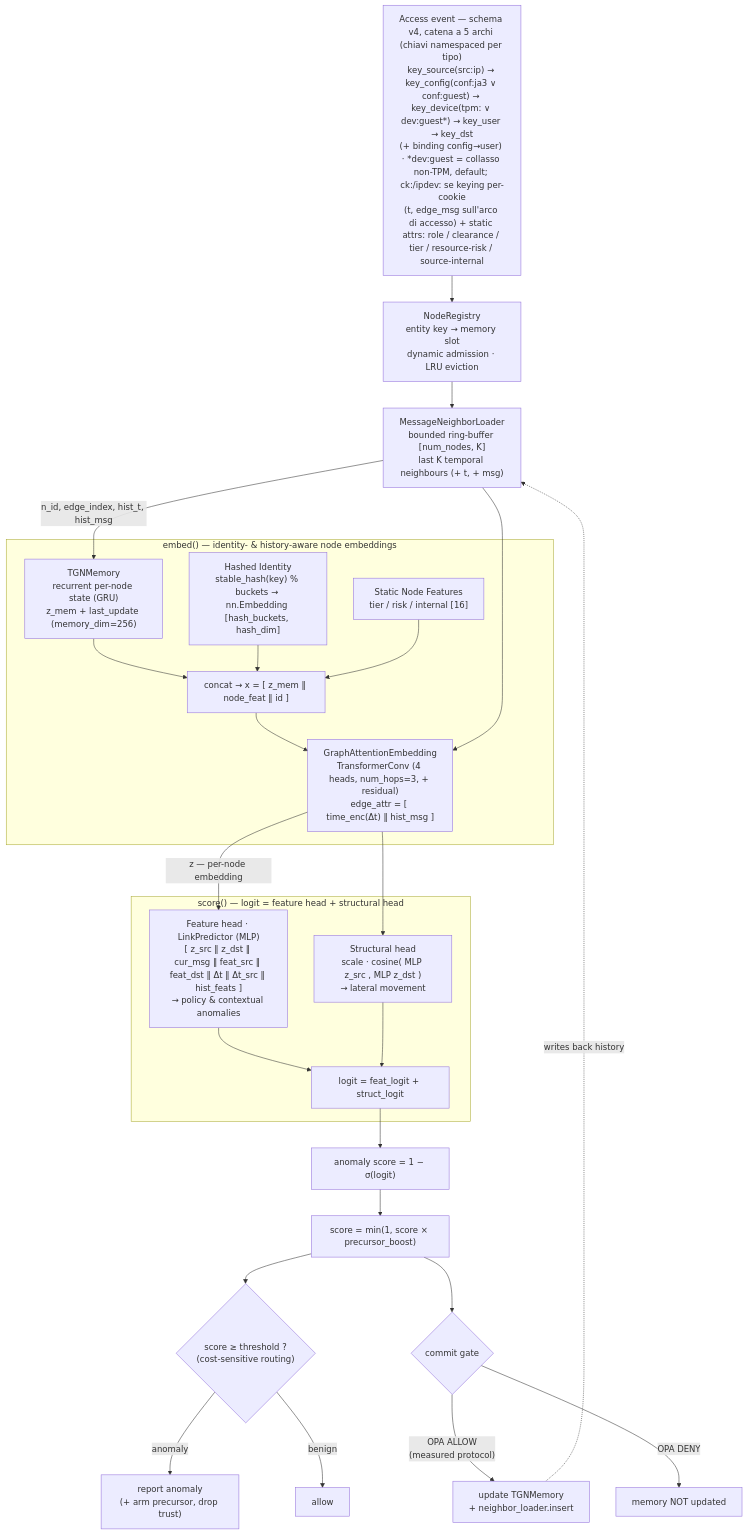
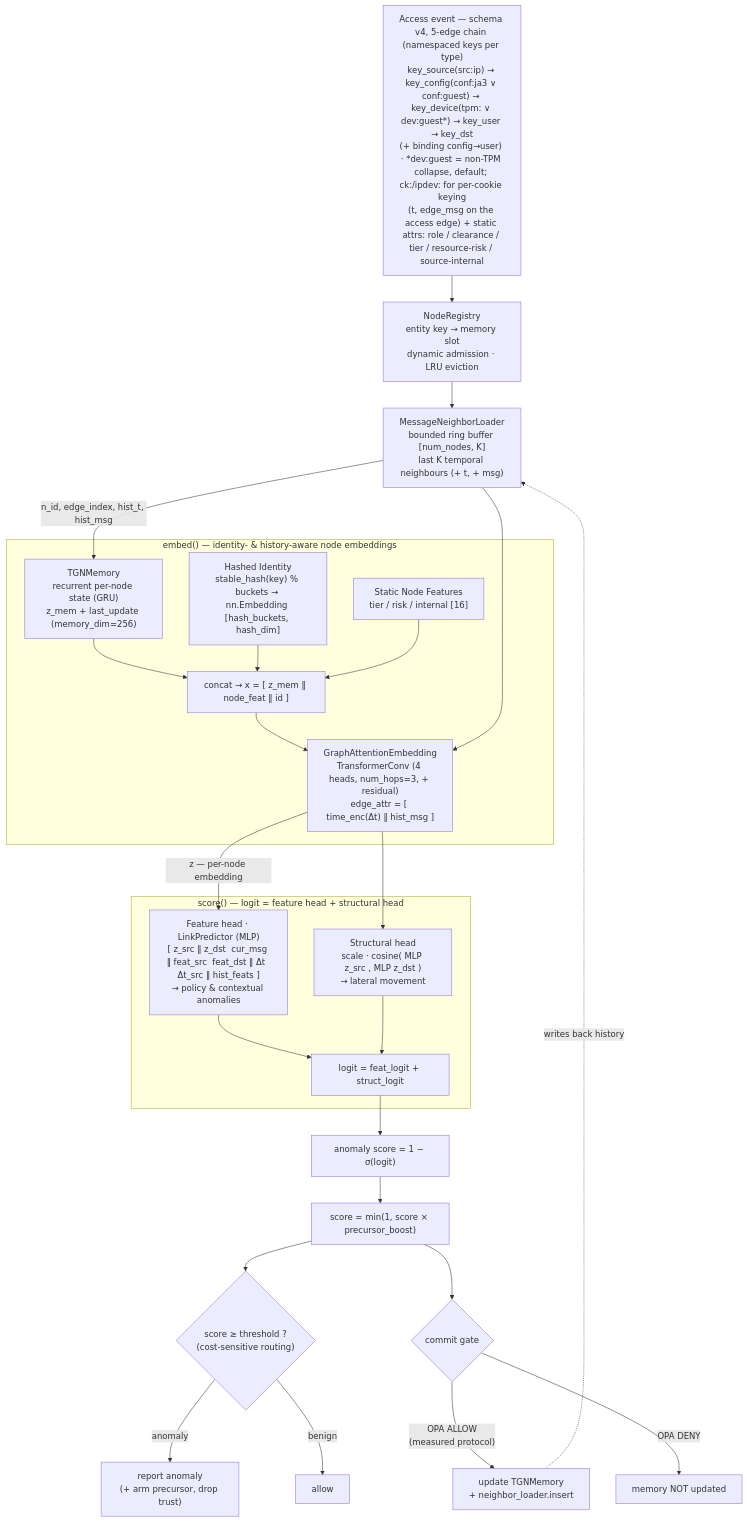
One commit to DDoS-Fury/Papergate changed the diagram in README.md. Above: the diagram before and after it, drawn with Mermaid. The commit also changed other lines of this file and 61 other files, not shown here.

````diff
--- a/README.md
+++ b/README.md
@@ -59,41 +61,41 @@
 ```mermaid
 flowchart TD
-    EV["Access event — schema v4, catena a 5 archi (chiavi namespaced per tipo)<br/>key_source(src:ip) → key_config(conf:ja3 ∨ conf:guest) → key_device(tpm: ∨ dev:guest*) → key_user → key_dst<br/>(+ binding config→user) · *dev:guest = collasso non-TPM, default; ck:/ipdev: se keying per-cookie<br/>(t, edge_msg sull'arco di accesso) + static attrs: role / clearance / tier / resource-risk / source-internal"]
+    EV["Access event — schema v4, 5-edge chain (namespaced keys per type)<br/>key_source(src:ip) → key_config(conf:ja3 ∨ conf:guest) → key_device(tpm: ∨ dev:guest*) → key_user → key_dst<br/>(+ binding config→user) · *dev:guest = non-TPM collapse, default; ck:/ipdev: for per-cookie keying<br/>(t, edge_msg on the access edge) + static attrs: role / clearance / tier / resource-risk / source-internal"]
     REG["NodeRegistry<br/>entity key → memory slot<br/>dynamic admission · LRU eviction"]
-    NL["MessageNeighborLoader<br/>bounded ring-buffer [num_nodes, K]<br/>last K temporal neighbours (+ t, + msg)"]
+    NL["MessageNeighborLoader<br/>bounded ring buffer [num_nodes, K]<br/>last K temporal neighbours (+ t, + msg)"]
     EV --> REG --> NL
 
     subgraph EMB["embed() — identity- & history-aware node embeddings"]
         MEM["TGNMemory<br/>recurrent per-node state (GRU)<br/>z_mem + last_update (memory_dim=256)"]
         ID["Hashed Identity<br/>stable_hash(key) % buckets → nn.Embedding [hash_buckets, hash_dim]"]
         STAT["Static Node Features<br/>tier / risk / internal [16]"]
         CAT["concat → x = [ z_mem ‖ node_feat ‖ id ]"]
         GNN["GraphAttentionEmbedding<br/>TransformerConv (4 heads, num_hops=3, + residual)<br/>edge_attr = [ time_enc(Δt) ‖ hist_msg ]"]
         MEM --> CAT
         ID --> CAT
         STAT --> CAT
         CAT --> GNN
     end
     NL -->|"n_id, edge_index, hist_t, hist_msg"| MEM
     NL --> GNN
 
     subgraph SCOREG["score() — logit = feature head + structural head"]
-        FEAT["Feature head · LinkPredictor (MLP)<br/>[ z_src ‖ z_dst ‖ cur_msg ‖ feat_src ‖ feat_dst ‖ Δt ‖ Δt_src ‖ hist_feats ]<br/>→ policy & contextual anomalies"]
+        FEAT["Feature head · LinkPredictor (MLP)<br/>[ z_src ‖ z_dst  cur_msg ‖ feat_src  feat_dst ‖ Δt  Δt_src ‖ hist_feats ]<br/>→ policy & contextual anomalies"]
         STR["Structural head<br/>scale · cosine( MLP z_src , MLP z_dst )<br/>→ lateral movement"]
         SUM["logit = feat_logit + struct_logit"]
         FEAT --> SUM
         STR --> SUM
     end
 
     GNN -->|"z — per-node embedding"| FEAT
     GNN --> STR
     SUM --> SCO["anomaly score = 1 − σ(logit)"]
     SCO --> PREC["score = min(1, score × precursor_boost)"]
     PREC --> DEC{"score ≥ threshold ?<br/>(cost-sensitive routing)"}
     DEC -->|anomaly| REP["report anomaly<br/>(+ arm precursor, drop trust)"]
     DEC -->|benign| OK["allow"]
     PREC --> GATE{"commit gate"}
     GATE -->|"OPA ALLOW<br/>(measured protocol)"| UPD["update TGNMemory<br/>+ neighbor_loader.insert"]
     GATE -->|"OPA DENY"| NOUPD["memory NOT updated"]
     UPD -.->|writes back history| NL
 ```
````
